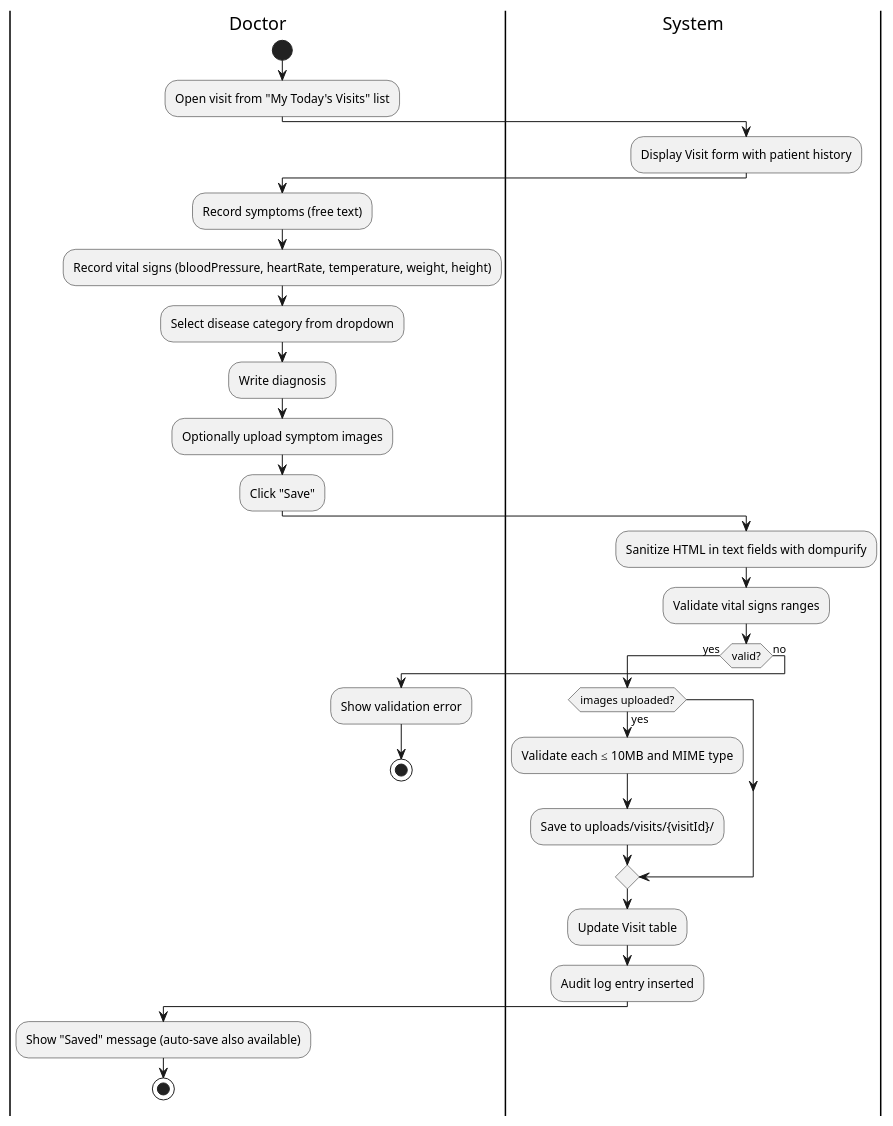
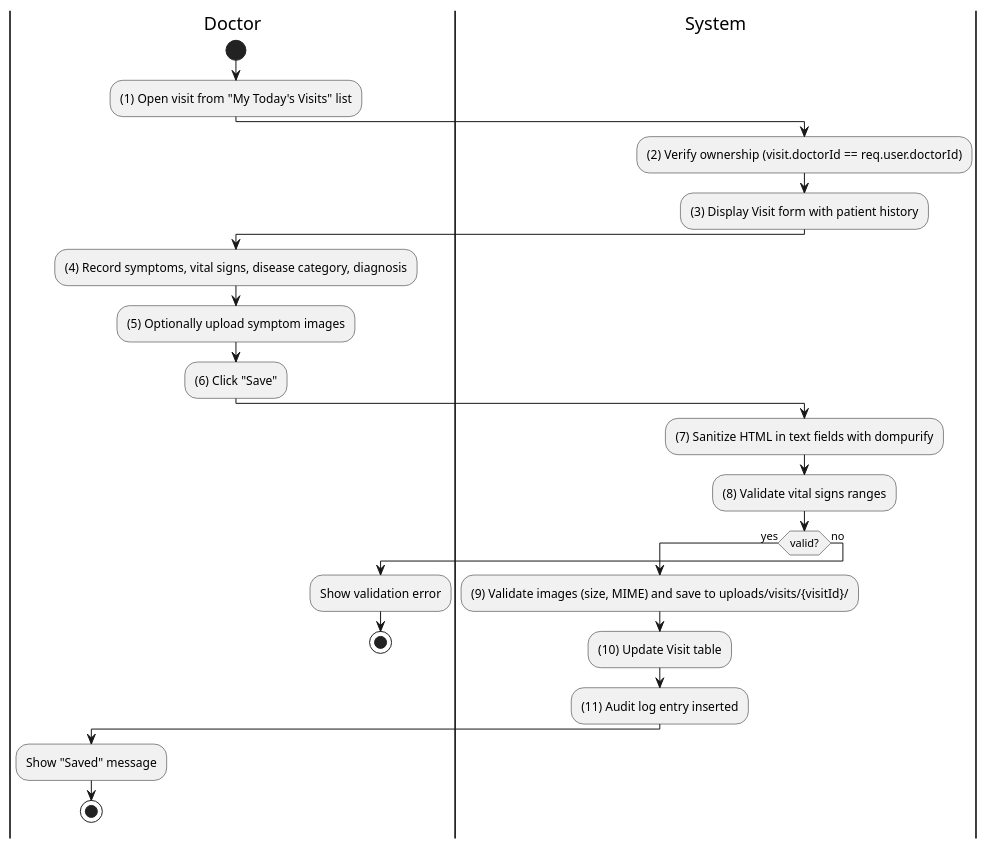
Diagram 14 of 27 in Docs/SRS.md (MinhThienNguyen040905/SE356---He-thong-phong-kham), drawn with PlantUML before and after one commit. The commit also changed other lines of this file, not shown here.

Commit message:
Implement feature X to enhance user experience and optimize performance

````diff
--- a/Docs/SRS.md
+++ b/Docs/SRS.md
@@ -903,35 +821,29 @@
 ```plantuml
 @startuml
 |Doctor|
 start
-:Open visit from "My Today's Visits" list;
+:(1) Open visit from "My Today's Visits" list;
 |System|
-:Display Visit form with patient history;
+:(2) Verify ownership (visit.doctorId == req.user.doctorId);
+:(3) Display Visit form with patient history;
 |Doctor|
-:Record symptoms (free text);
-:Record vital signs (bloodPressure, heartRate, temperature, weight, height);
-:Select disease category from dropdown;
-:Write diagnosis;
-:Optionally upload symptom images;
-:Click "Save";
+:(4) Record symptoms, vital signs, disease category, diagnosis;
+:(5) Optionally upload symptom images;
+:(6) Click "Save";
 |System|
-:Sanitize HTML in text fields with dompurify;
-:Validate vital signs ranges;
+:(7) Sanitize HTML in text fields with dompurify;
+:(8) Validate vital signs ranges;
 if (valid?) then (yes)
-  if (images uploaded?) then (yes)
-    :Validate each ≤ 10MB and MIME type;
-    :Save to uploads/visits/{visitId}/;
-  else
-  endif
-  :Update Visit table;
-  :Audit log entry inserted;
+  :(9) Validate images (size, MIME) and save to uploads/visits/{visitId}/;
+  :(10) Update Visit table;
+  :(11) Audit log entry inserted;
   |Doctor|
-  :Show "Saved" message (auto-save also available);
+  :Show "Saved" message;
   stop
 else (no)
   |Doctor|
   :Show validation error;
   stop
 endif
 @enduml
 ```
````
